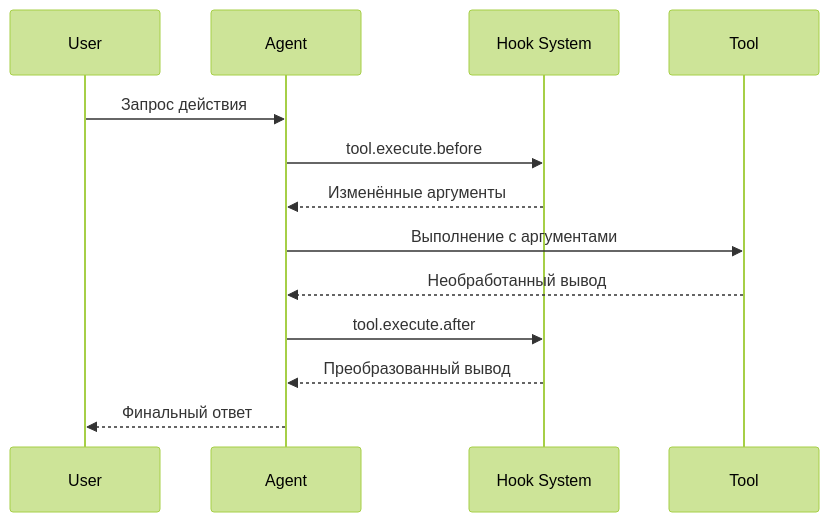
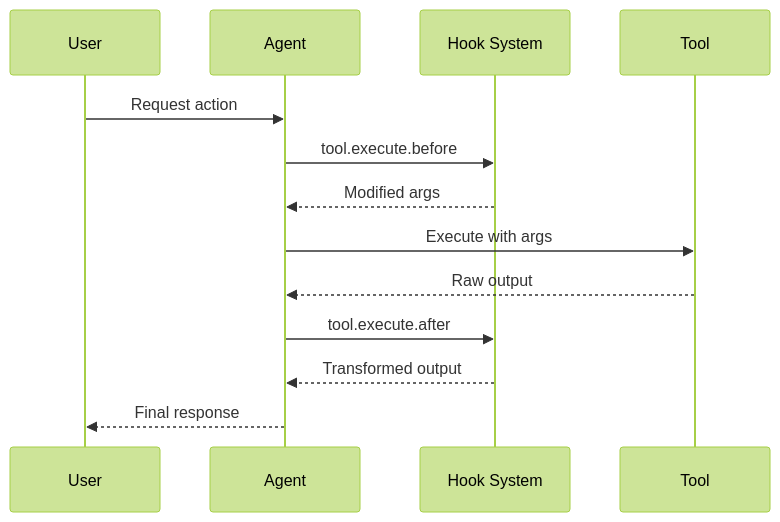
One commit to CyberStrikeus/CyberStrike changed the diagram in packages/docs/src/docs/data/docs/ru/configuration/hooks.mdx. Above: the diagram before and after it, drawn with Mermaid (forest theme). The commit also changed other lines of this file and 108 other files, not shown here.

````diff
--- a/packages/docs/src/docs/data/docs/ru/configuration/hooks.mdx
+++ b/packages/docs/src/docs/data/docs/ru/configuration/hooks.mdx
@@ -43,16 +35,16 @@
 ```mermaid
 sequenceDiagram
     participant User
     participant Agent
     participant Hook System
     participant Tool
 
-    User->>Agent: Запрос действия
+    User->>Agent: Request action
     Agent->>Hook System: tool.execute.before
-    Hook System-->>Agent: Изменённые аргументы
-    Agent->>Tool: Выполнение с аргументами
-    Tool-->>Agent: Необработанный вывод
+    Hook System-->>Agent: Modified args
+    Agent->>Tool: Execute with args
+    Tool-->>Agent: Raw output
     Agent->>Hook System: tool.execute.after
-    Hook System-->>Agent: Преобразованный вывод
-    Agent-->>User: Финальный ответ
+    Hook System-->>Agent: Transformed output
+    Agent-->>User: Final response
 ```
````
